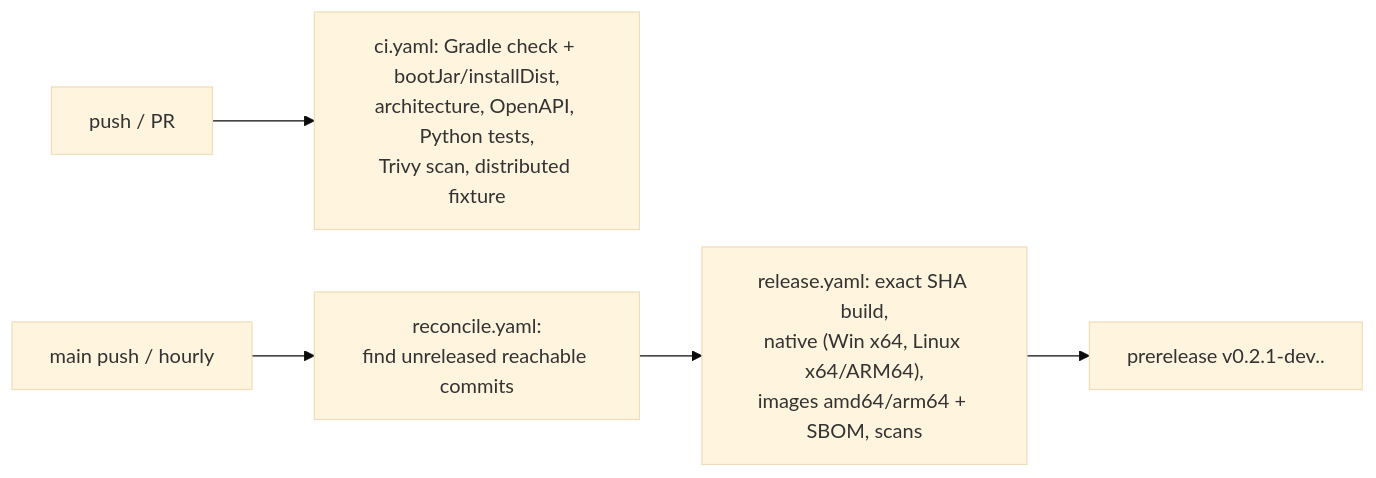
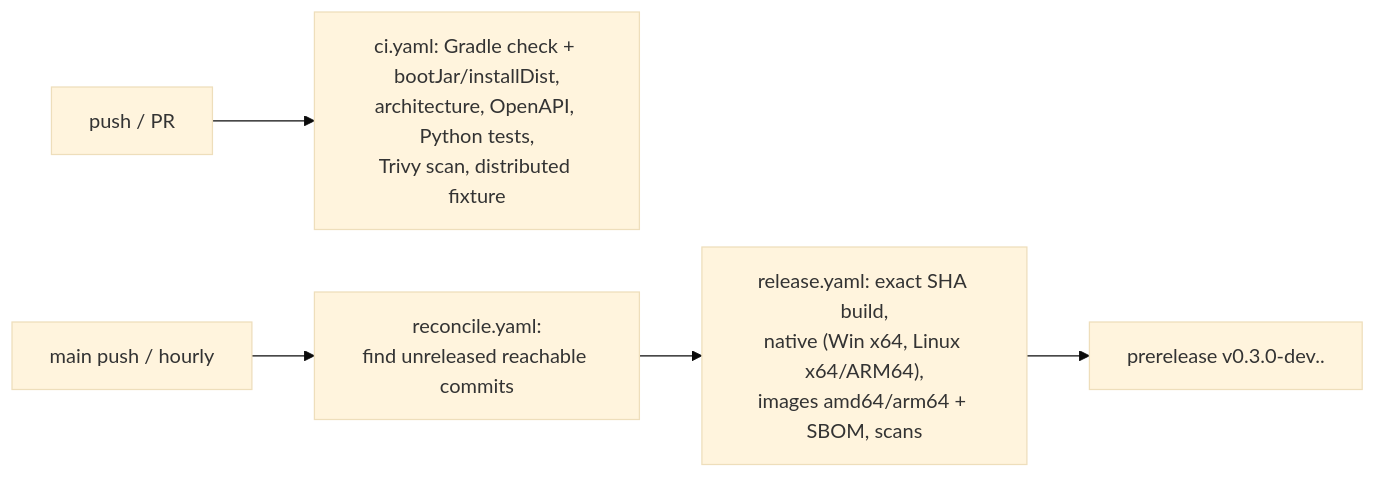
Diagram 12 of 12 in docs/GUIDE.md (athegreat90/minecraft-modsync), drawn with Mermaid (base theme) before and after one commit. The commit also changed 81 other files, not shown here.

````diff
--- a/docs/GUIDE.md
+++ b/docs/GUIDE.md
@@ -384,7 +384,7 @@
 ```mermaid
 flowchart LR
   PR[push / PR] --> CI["ci.yaml: Gradle check + bootJar/installDist,\narchitecture, OpenAPI, Python tests,\nTrivy scan, distributed fixture"]
   main[main push / hourly] --> REC["reconcile.yaml:\nfind unreleased reachable commits"]
   REC --> REL["release.yaml: exact SHA build,\nnative (Win x64, Linux x64/ARM64),\nimages amd64/arm64 + SBOM, scans"]
-  REL --> PRE["prerelease v0.2.1-dev.<time>.<sha>"]
+  REL --> PRE["prerelease v0.3.0-dev.<time>.<sha>"]
 ```
````
